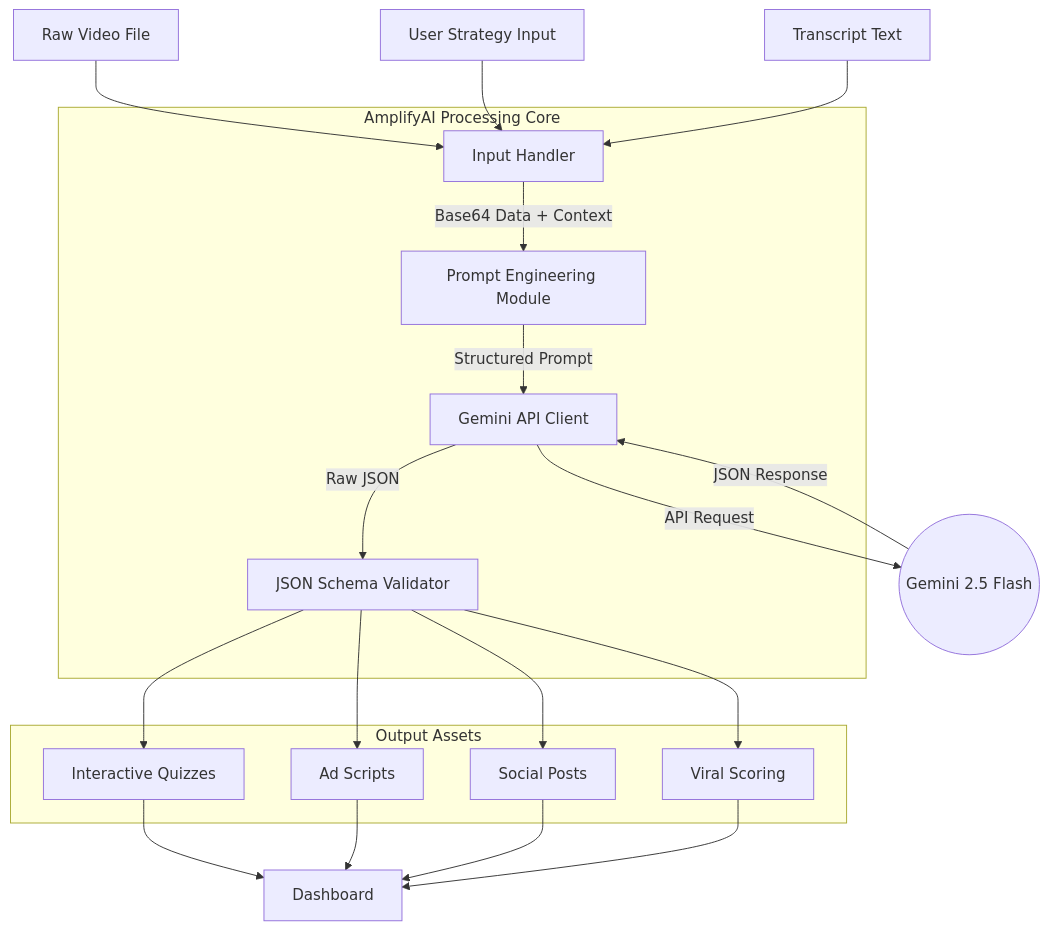
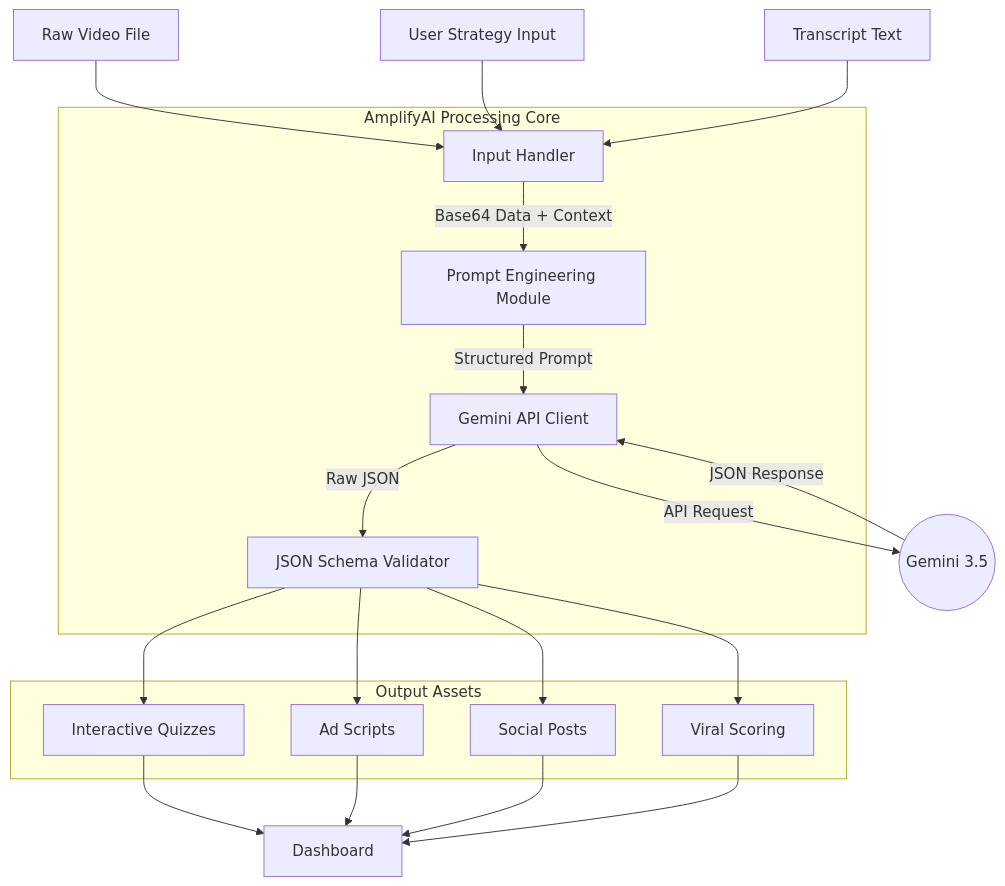
One commit to MasteraSnackin/AmplifyAI changed the seventh of 7 diagrams in ARCHITECTURE.md. Above: the diagram before and after it, drawn with Mermaid. The commit also changed other lines of this file and 5 other files, not shown here.

````diff
--- a/ARCHITECTURE.md
+++ b/ARCHITECTURE.md
@@ -206,31 +206,31 @@
 ```mermaid
 flowchart TD
     RawVideo[Raw Video File] --> InputProcessor
     UserStrategy[User Strategy Input] --> InputProcessor
     Transcript[Transcript Text] --> InputProcessor
 
     subgraph "AmplifyAI Processing Core"
         InputProcessor[Input Handler]
         PromptEngine[Prompt Engineering Module]
         GeminiClient[Gemini API Client]
         SchemaValidator[JSON Schema Validator]
     end
 
     InputProcessor -- Base64 Data + Context --> PromptEngine
     PromptEngine -- Structured Prompt --> GeminiClient
-    GeminiClient -- API Request --> GeminiModel((Gemini 2.5 Flash))
+    GeminiClient -- API Request --> GeminiModel((Gemini 3.5))
     GeminiModel -- JSON Response --> GeminiClient
     GeminiClient -- Raw JSON --> SchemaValidator
     
     subgraph "Output Assets"
         SchemaValidator --> QuizEngine[Interactive Quizzes]
         SchemaValidator --> ScriptEngine[Ad Scripts]
         SchemaValidator --> SocialEngine[Social Posts]
         SchemaValidator --> AnalyticsEngine[Viral Scoring]
     end
 
     QuizEngine --> Dashboard
     ScriptEngine --> Dashboard
     SocialEngine --> Dashboard
     AnalyticsEngine --> Dashboard
 ```
````
